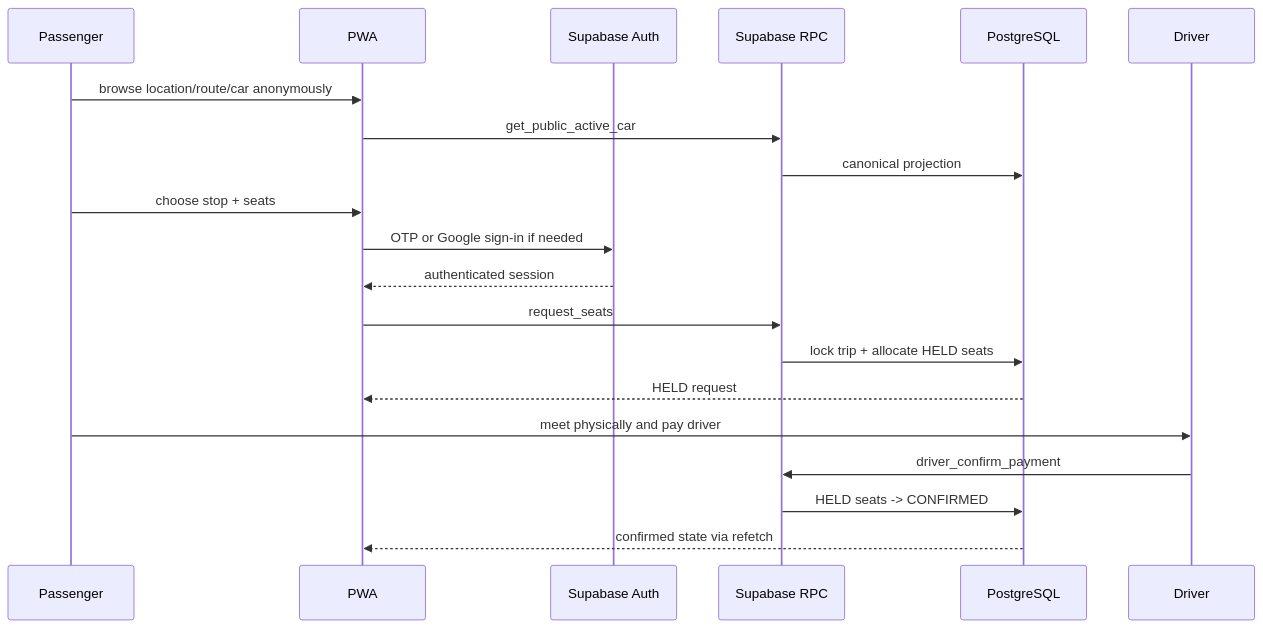
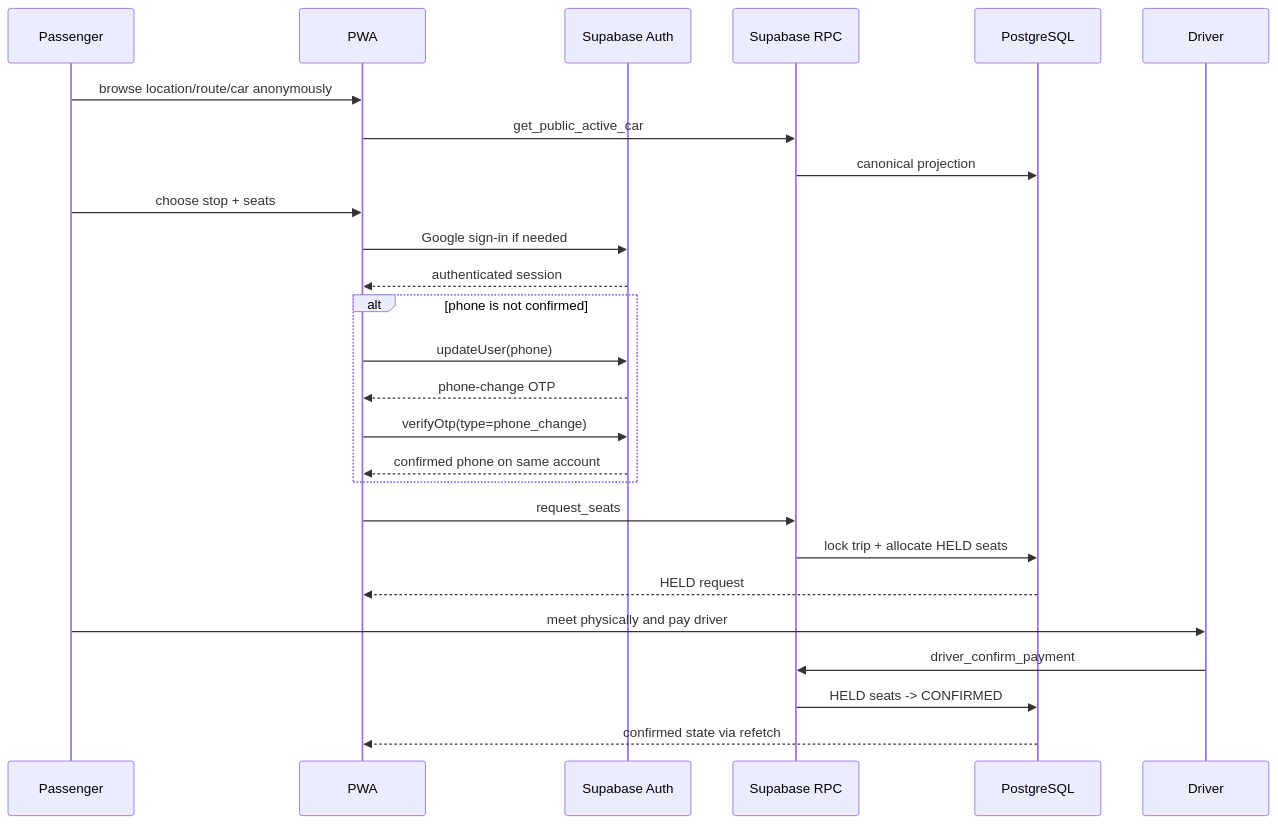
The ninth of 11 diagrams in docs/RAAHI_MASTER_ARCHITECTURE.md (rajeevbackup42112-coder/raahimini), drawn with Mermaid before and after one commit. The commit also changed other lines of this file, not shown here.

Commit message:
Document verified passenger phone invariant

````diff
--- a/docs/RAAHI_MASTER_ARCHITECTURE.md
+++ b/docs/RAAHI_MASTER_ARCHITECTURE.md
@@ -237,22 +244,28 @@
 ```mermaid
 sequenceDiagram
     participant P as Passenger
     participant UI as PWA
     participant A as Supabase Auth
     participant RPC as Supabase RPC
     participant DB as PostgreSQL
     participant D as Driver
     P->>UI: browse location/route/car anonymously
     UI->>RPC: get_public_active_car
     RPC->>DB: canonical projection
     P->>UI: choose stop + seats
-    UI->>A: OTP or Google sign-in if needed
+    UI->>A: Google sign-in if needed
     A-->>UI: authenticated session
+    alt phone is not confirmed
+        UI->>A: updateUser(phone)
+        A-->>UI: phone-change OTP
+        UI->>A: verifyOtp(type=phone_change)
+        A-->>UI: confirmed phone on same account
+    end
     UI->>RPC: request_seats
     RPC->>DB: lock trip + allocate HELD seats
     DB-->>UI: HELD request
     P->>D: meet physically and pay driver
     D->>RPC: driver_confirm_payment
     RPC->>DB: HELD seats -> CONFIRMED
     DB-->>UI: confirmed state via refetch
 ```
````
